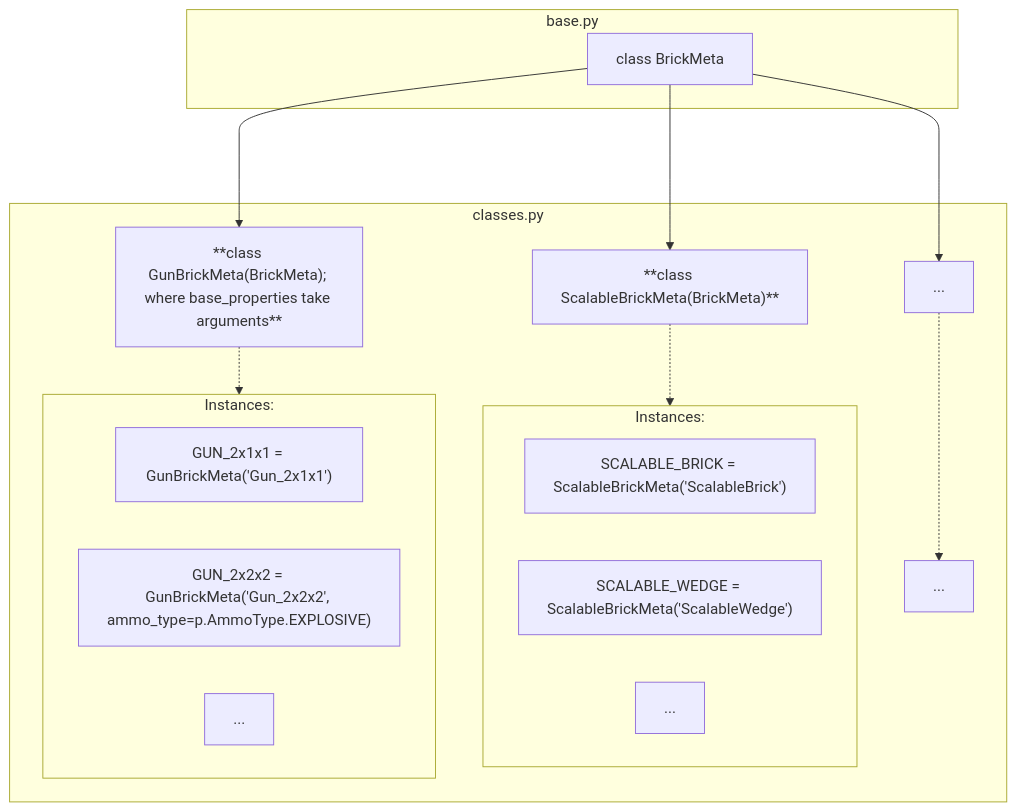
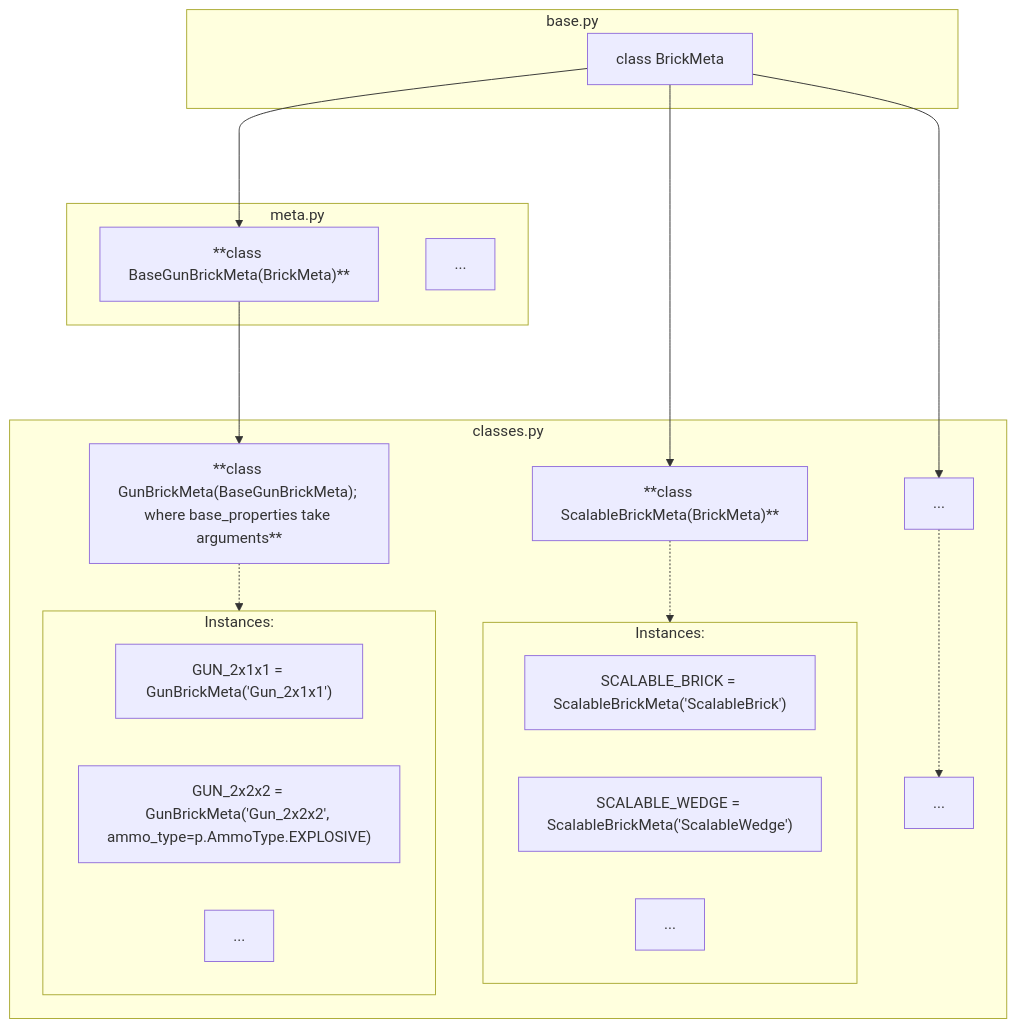
Before and after one commit to MrPerruche/BrickEdit: the diagram in doc/bt.md, drawn with Mermaid. The commit also changed other lines of this file and 5 other files, not shown here.

````diff
--- a/doc/bt.md
+++ b/doc/bt.md
@@ -24,32 +24,37 @@
 ```mermaid
 flowchart TB
     subgraph BASE[base.py]
         META["class BrickMeta"]
     end
+    subgraph METAPY[meta.py]
+        CEM2["**class BaseGunBrickMeta(BrickMeta)**"]
+        CEM3["..."]
+    end
     subgraph CLASSES[classes.py]
 
         %% CLASSES
         CE1["**class ScalableBrickMeta(BrickMeta)**"]
-        CE2["**class GunBrickMeta(BrickMeta); where base_properties take arguments**"]
+        CE2["**class GunBrickMeta(BaseGunBrickMeta); where base_properties take arguments**"]
         CE3["..."]
 
         %% INSTANCES
         subgraph CE1T["Instances:"]
             CE1T1["SCALABLE_BRICK = ScalableBrickMeta('ScalableBrick')"]
             CE1T2["SCALABLE_WEDGE = ScalableBrickMeta('ScalableWedge')"]
             CE1T3["..."]
         end
         subgraph CE2T["Instances:"]
             CE2T1["GUN_2x1x1 = GunBrickMeta('Gun_2x1x1')"]
             CE2T2["GUN_2x2x2 = GunBrickMeta('Gun_2x2x2', ammo_type=p.AmmoType.EXPLOSIVE)"]
             CE2T3["..."]
         end
         CE3T["..."]
         
     end
 
-    META ---> CE1 & CE2 & CE3
+    META ---> CE1 & CEM2 & CE3
+    CEM2 ---> CE2
     CE1 -.-> CE1T
     CE2 -.-> CE2T
     CE3 -.-> CE3T
 ```
````
